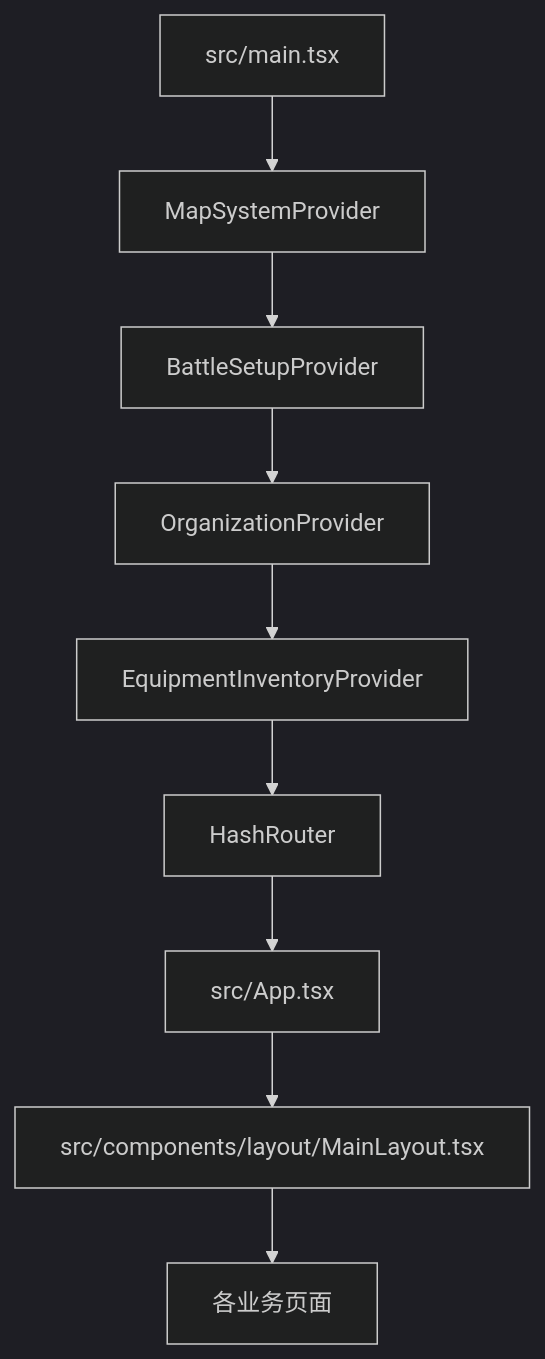
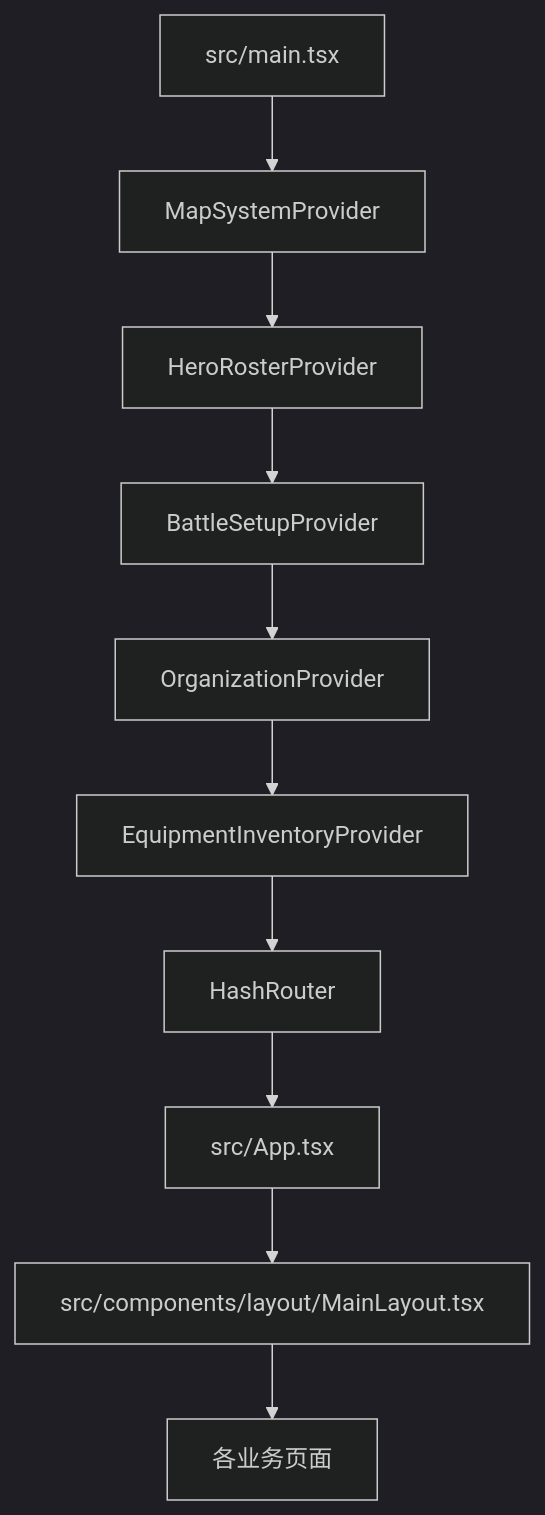
The first of 9 diagrams in docs/开发文档/08-架构总图与调用链图.md (LYFQwAwQ/LostLand), drawn with Mermaid (dark theme) before and after one commit. The commit also changed other lines of this file and 48 other files, not shown here.

````diff
--- a/docs/开发文档/08-架构总图与调用链图.md
+++ b/docs/开发文档/08-架构总图与调用链图.md
@@ -11,11 +11,12 @@
 ```mermaid
 flowchart TD
   A[src/main.tsx] --> B[MapSystemProvider]
-  B --> C[BattleSetupProvider]
-  C --> D[OrganizationProvider]
-  D --> E[EquipmentInventoryProvider]
-  E --> F[HashRouter]
-  F --> G[src/App.tsx]
-  G --> H[src/components/layout/MainLayout.tsx]
-  H --> I[各业务页面]
+  B --> C[HeroRosterProvider]
+  C --> D[BattleSetupProvider]
+  D --> E[OrganizationProvider]
+  E --> F[EquipmentInventoryProvider]
+  F --> G[HashRouter]
+  G --> H[src/App.tsx]
+  H --> I[src/components/layout/MainLayout.tsx]
+  I --> J[各业务页面]
 ```
````
